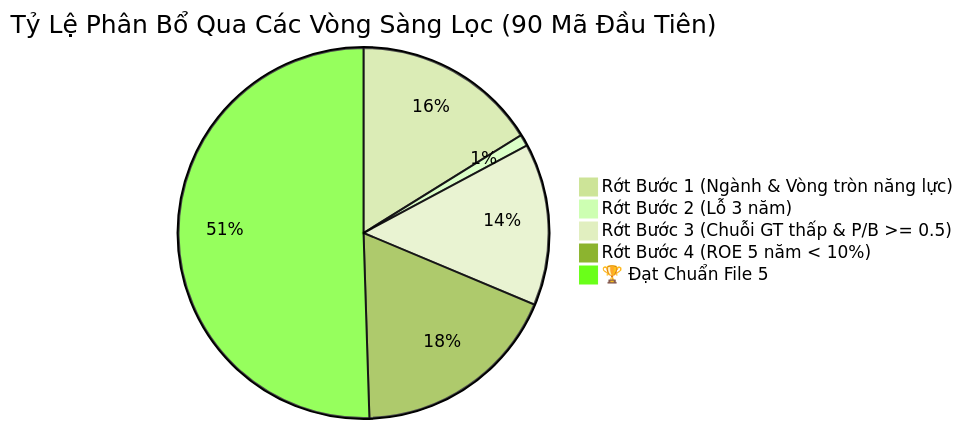
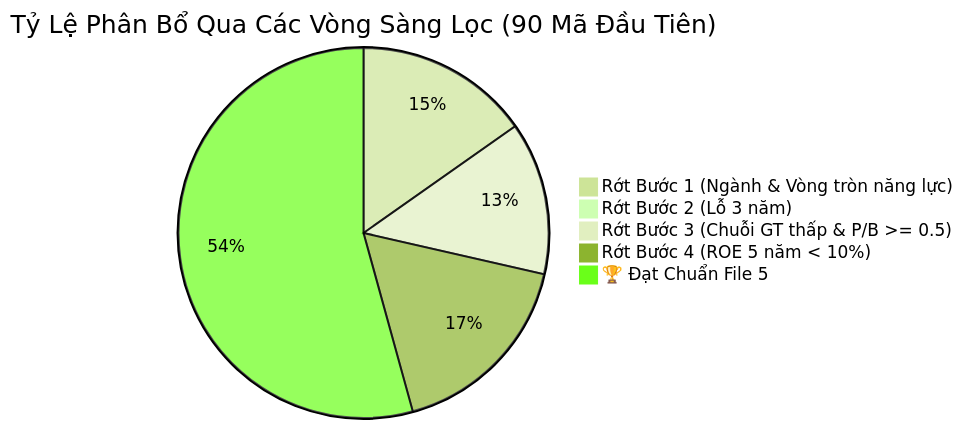
One commit to lenhan1102/pdf-analyzer changed the diagram in screenings/screening_dashboard.md. Above: the diagram before and after it, drawn with Mermaid (forest theme). The commit also changed other lines of this file and 8 other files, not shown here.

````diff
--- a/screenings/screening_dashboard.md
+++ b/screenings/screening_dashboard.md
@@ -9,8 +9,8 @@
 ```mermaid
 pie title Tỷ Lệ Phân Bổ Qua Các Vòng Sàng Lọc (90 Mã Đầu Tiên)
     "Rớt Bước 1 (Ngành & Vòng tròn năng lực)" : 16
     "Rớt Bước 2 (Lỗ 3 năm)" : 1
     "Rớt Bước 3 (Chuỗi GT thấp & P/B >= 0.5)" : 14
     "Rớt Bước 4 (ROE 5 năm < 10%)" : 18
-    "🏆 Đạt Chuẩn File 5" : 50
+    "🏆 Đạt Chuẩn File 5" : 57
 ```
````
